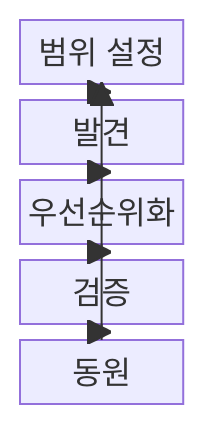
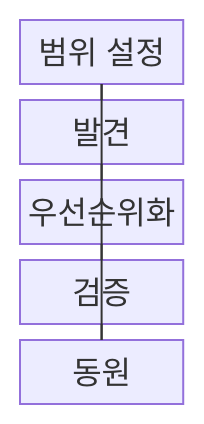
One commit to agnusdei1207/knowledge-base changed the first of 2 diagrams in src/content/docs/notes/05-security/040_ctem.md. Above: the diagram before and after it, drawn with Mermaid. The commit also changed other lines of this file and 493 other files, not shown here.

````diff
--- a/src/content/docs/notes/05-security/040_ctem.md
+++ b/src/content/docs/notes/05-security/040_ctem.md
@@ -66,14 +66,14 @@
 ```mermaid
-block
+block-beta
   columns 1
   A["범위 설정"]
   B["발견"]
   C["우선순위화"]
   D["검증"]
   E["동원"]
-  A --> B
-  B --> C
-  C --> D
-  D --> E
-  E --> A
+  A --- B
+  B --- C
+  C --- D
+  D --- E
+  E --- A
 ```
````
